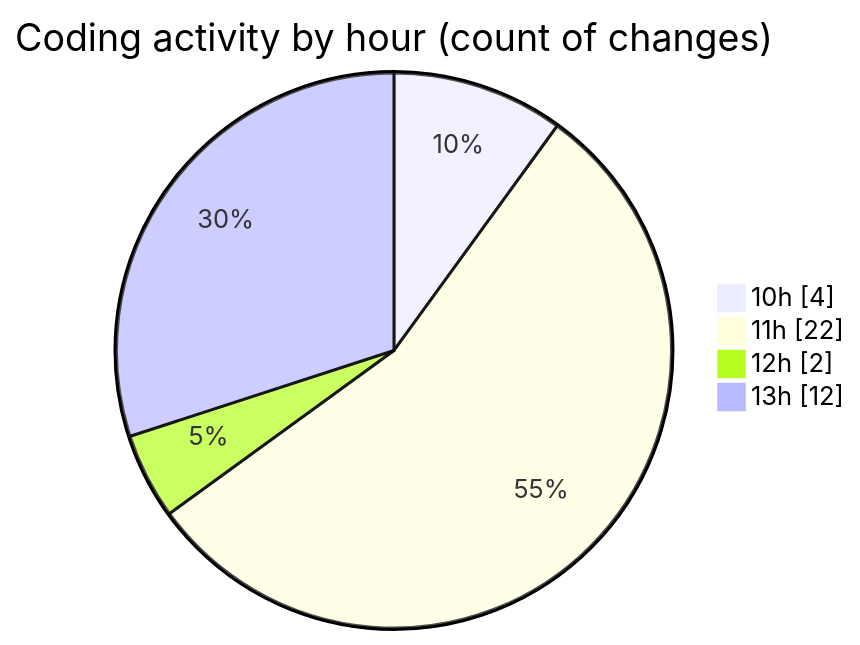
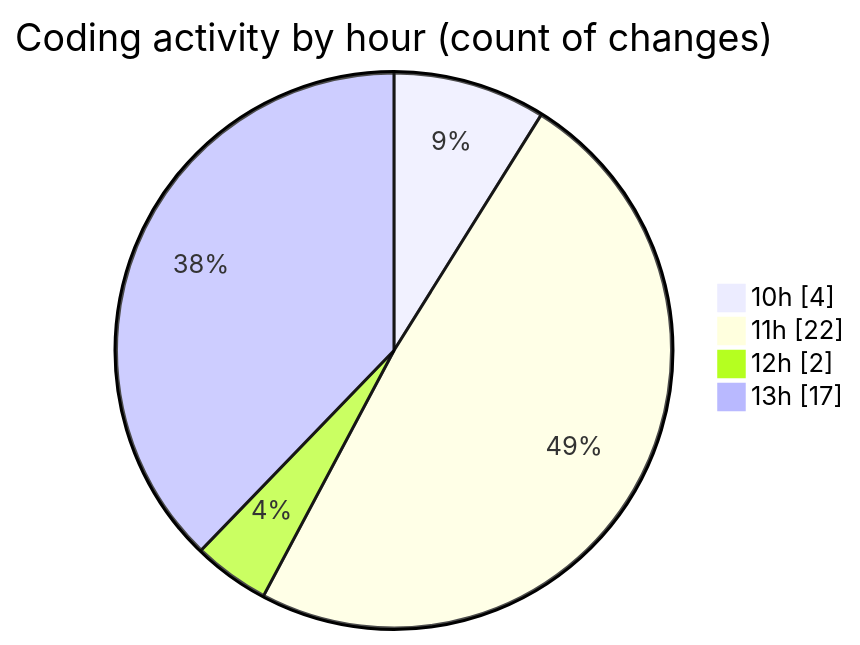
Before and after one commit to nxtqubesakshisongat/code-tracking: the second of 2 diagrams in 2025-09-15/nxtqube_webapp/README.md, drawn with Mermaid. The commit also changed other lines of this file and 1 other file, not shown here.

````diff
--- a/2025-09-15/nxtqube_webapp/README.md
+++ b/2025-09-15/nxtqube_webapp/README.md
@@ -31,8 +31,8 @@
 ```mermaid
 pie showData
 title Coding activity by hour (count of changes)
 "10h" : 4
 "11h" : 22
 "12h" : 2
-"13h" : 12
+"13h" : 17
 ```
````
